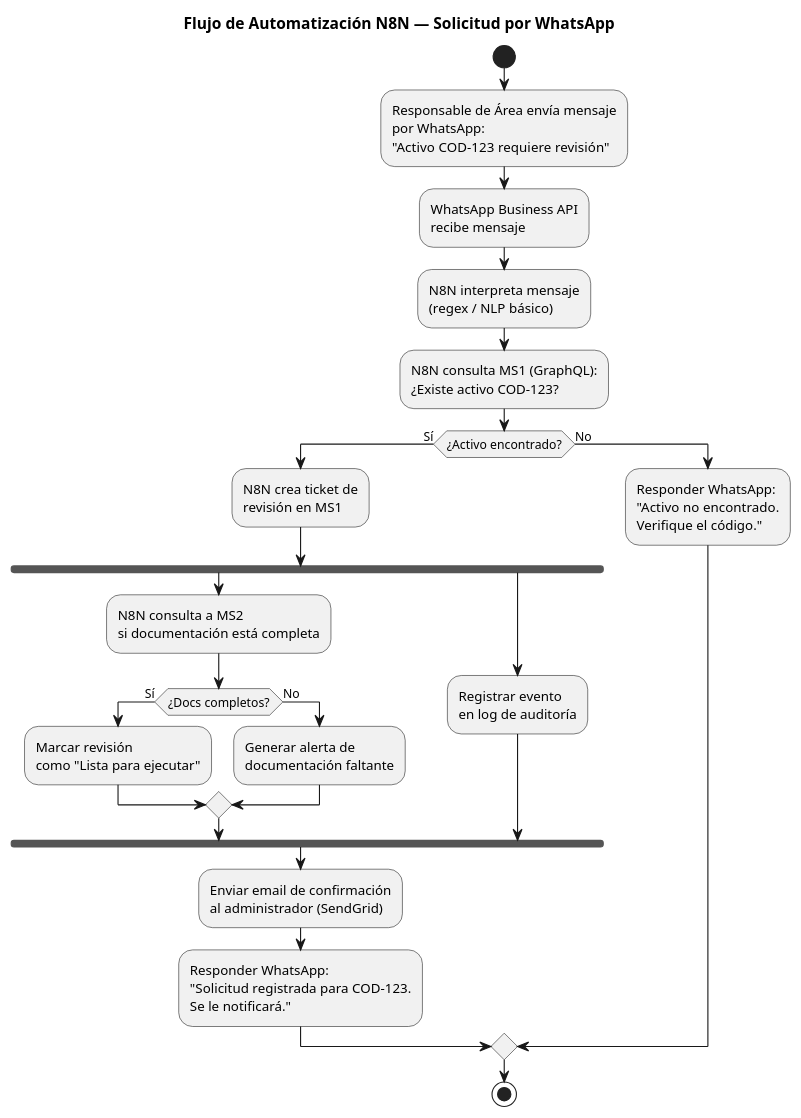
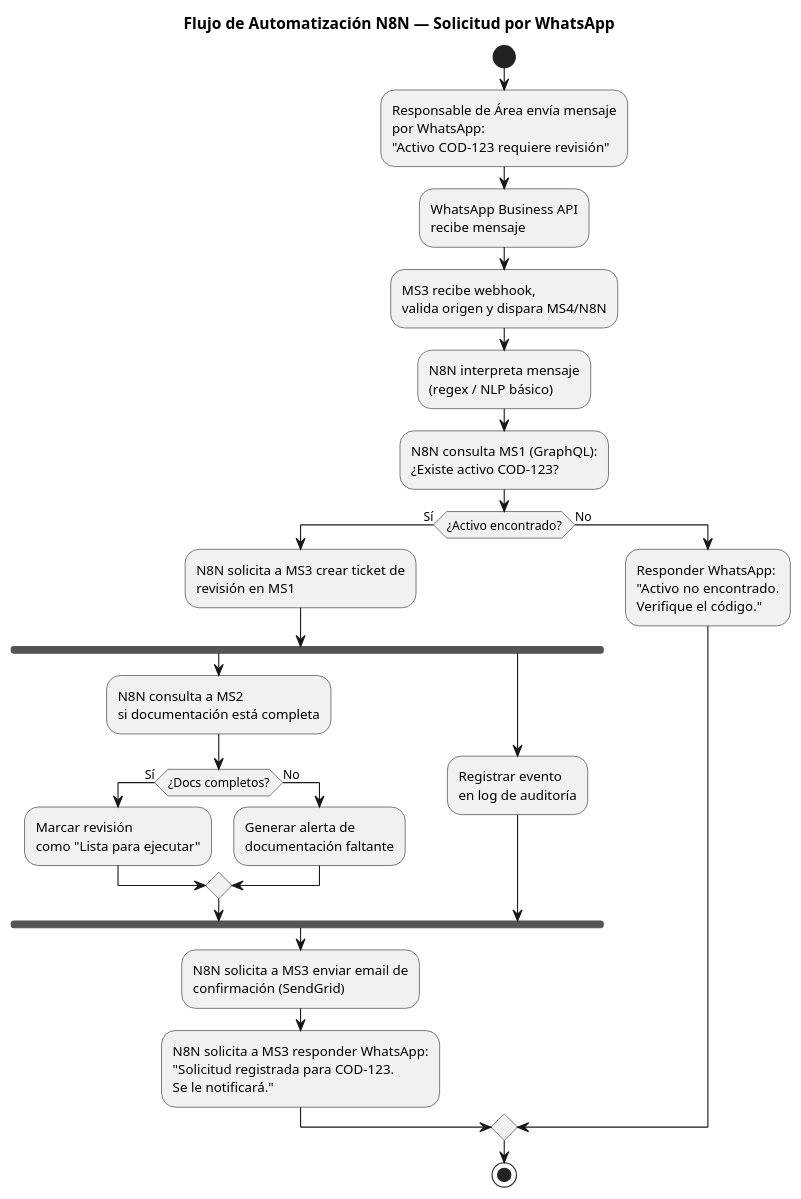
Before and after one commit to borysinho/microservicios-activos-fijos: the seventh of 7 diagrams in docs/Presentacion - Sistema de Activos Fijos v2.md, drawn with PlantUML. The commit also changed other lines of this file and 20 other files, not shown here.

````diff
--- a/docs/Presentacion - Sistema de Activos Fijos v2.md
+++ b/docs/Presentacion - Sistema de Activos Fijos v2.md
@@ -684,38 +685,40 @@
 ```plantuml
 @startuml FlujoN8N
 title Flujo de Automatización N8N — Solicitud por WhatsApp
 
 start
 
 :Responsable de Área envía mensaje\npor WhatsApp:\n"Activo COD-123 requiere revisión";
 
 :WhatsApp Business API\nrecibe mensaje;
 
+:MS3 recibe webhook,\nvalida origen y dispara MS4/N8N;
+
 :N8N interpreta mensaje\n(regex / NLP básico);
 
 :N8N consulta MS1 (GraphQL):\n¿Existe activo COD-123?;
 
 if (¿Activo encontrado?) then (Sí)
-    :N8N crea ticket de\nrevisión en MS1;
+    :N8N solicita a MS3 crear ticket de\nrevisión en MS1;
 
     fork
         :N8N consulta a MS2\nsi documentación está completa;
         if (¿Docs completos?) then (Sí)
             :Marcar revisión\ncomo "Lista para ejecutar";
         else (No)
             :Generar alerta de\ndocumentación faltante;
         endif
     fork again
         :Registrar evento\nen log de auditoría;
     end fork
 
-    :Enviar email de confirmación\nal administrador (SendGrid);
-    :Responder WhatsApp:\n"Solicitud registrada para COD-123.\nSe le notificará.";
+    :N8N solicita a MS3 enviar email de\nconfirmación (SendGrid);
+    :N8N solicita a MS3 responder WhatsApp:\n"Solicitud registrada para COD-123.\nSe le notificará.";
 else (No)
     :Responder WhatsApp:\n"Activo no encontrado.\nVerifique el código.";
 endif
 
 stop
 
 @enduml
 ```
````
